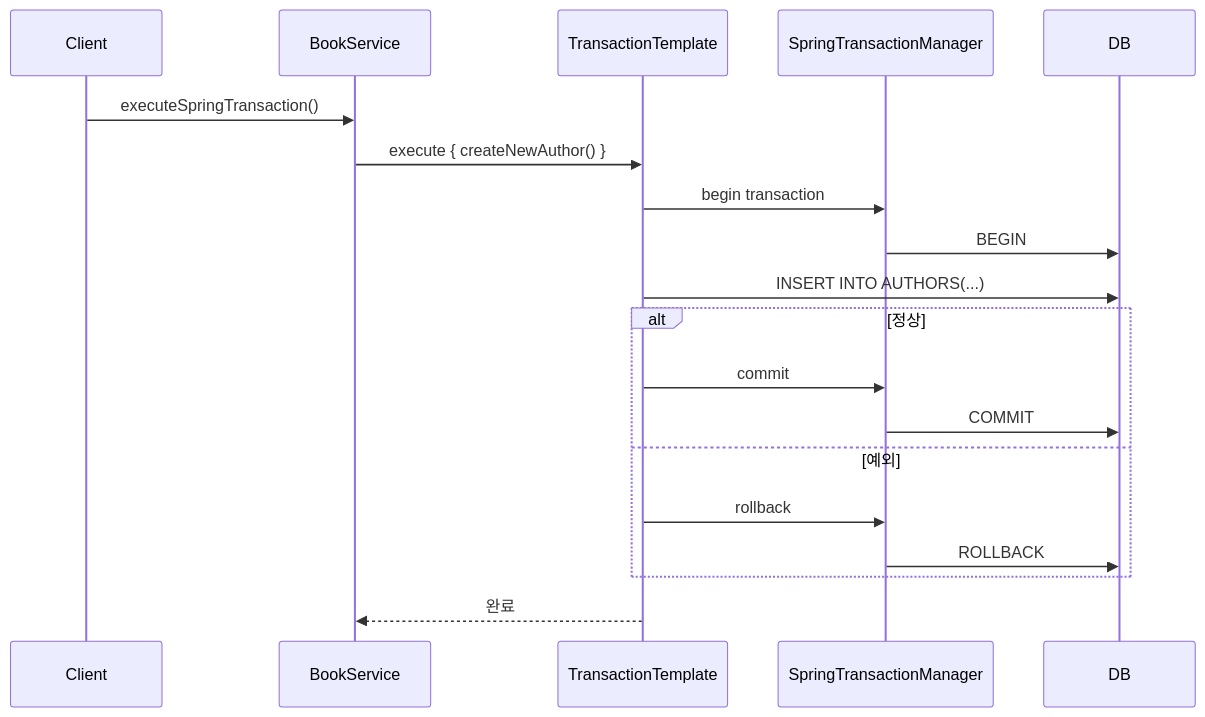
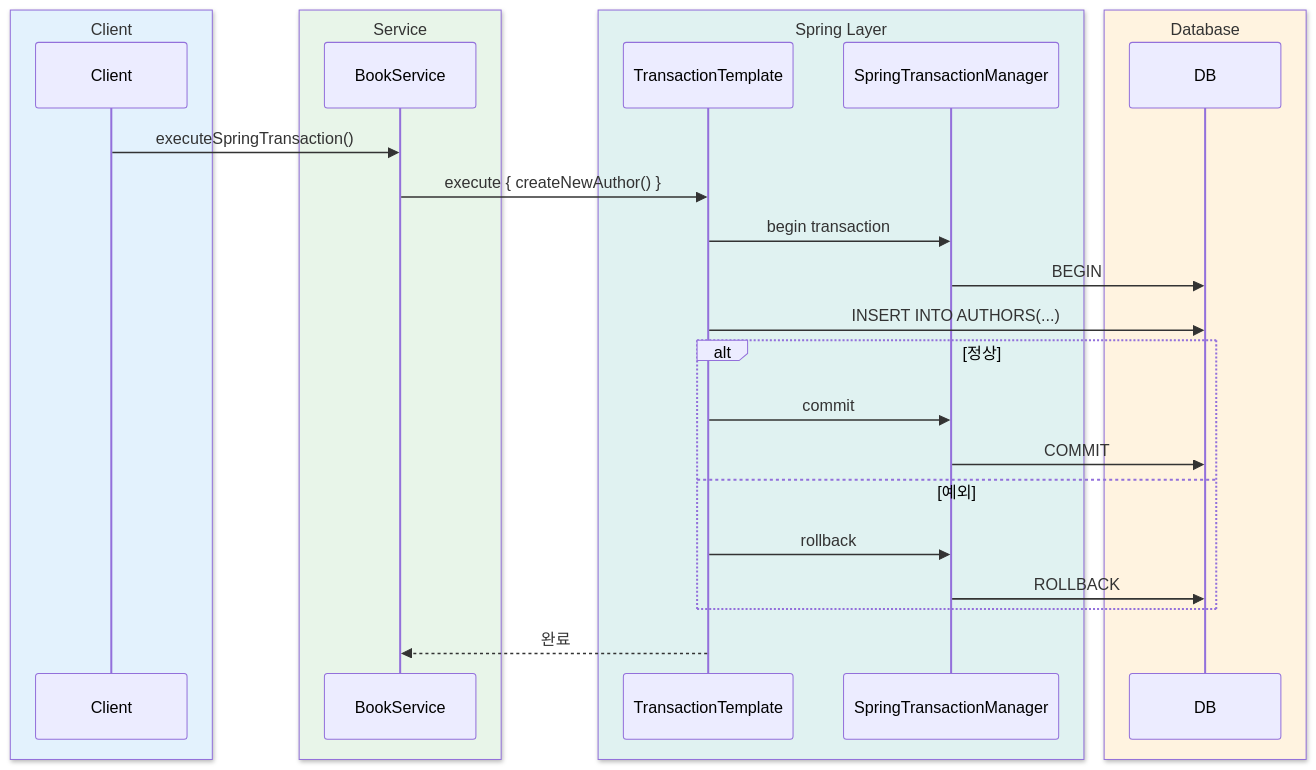
Before and after one commit to bluetape4k/exposed-workshop: the second of 2 diagrams in 09-spring/02-transactiontemplate/README.ko.md, drawn with Mermaid. The commit also changed 43 other files, not shown here.

First line of the commit message:
docs: sequence diagram에 box rgb() 파스텔 영역 적용

````diff
--- a/09-spring/02-transactiontemplate/README.ko.md
+++ b/09-spring/02-transactiontemplate/README.ko.md
@@ -126,23 +126,31 @@
 ```mermaid
-%%{init: {"theme": "neutral", "themeVariables": {"fontFamily": "'Comic Mono', 'goorm sans code', 'JetBrains Mono', 'goorm sans'", "actorBkg": "#E3F2FD", "actorBorder": "#90CAF9", "actorTextColor": "#1565C0", "actorLineColor": "#90CAF9", "activationBkgColor": "#E8F5E9", "activationBorderColor": "#A5D6A7", "labelBoxBkgColor": "#FFF3E0", "labelBoxBorderColor": "#FFCC80", "labelTextColor": "#E65100", "loopTextColor": "#6A1B9A", "noteBkgColor": "#F3E5F5", "noteBorderColor": "#CE93D8", "noteTextColor": "#6A1B9A", "signalColor": "#1565C0", "signalTextColor": "#1565C0"}}}%%
+%%{init: {"theme": "neutral", "themeVariables": {"fontFamily": "'Comic Mono', 'goorm sans code', 'JetBrains Mono', 'goorm sans'"}}}%%
 sequenceDiagram
-    participant Client
-    participant BookService
-    participant TxTemplate as TransactionTemplate
-    participant STM as SpringTransactionManager
-    participant DB
+    box rgb(227, 242, 253) Client
+        participant Client
+    end
+    box rgb(232, 245, 233) Service
+        participant BookService
+    end
+    box rgb(224, 242, 241) Spring Layer
+        participant TxTemplate as TransactionTemplate
+        participant STM as SpringTransactionManager
+    end
+    box rgb(255, 243, 224) Database
+        participant DB
+    end
 
     Client->>BookService: executeSpringTransaction()
     BookService->>TxTemplate: execute { createNewAuthor() }
     TxTemplate->>STM: begin transaction
     STM->>DB: BEGIN
     TxTemplate->>DB: INSERT INTO AUTHORS(...)
     alt 정상
         TxTemplate->>STM: commit
         STM->>DB: COMMIT
     else 예외
         TxTemplate->>STM: rollback
         STM->>DB: ROLLBACK
     end
     TxTemplate-->>BookService: 완료
 ```
````
